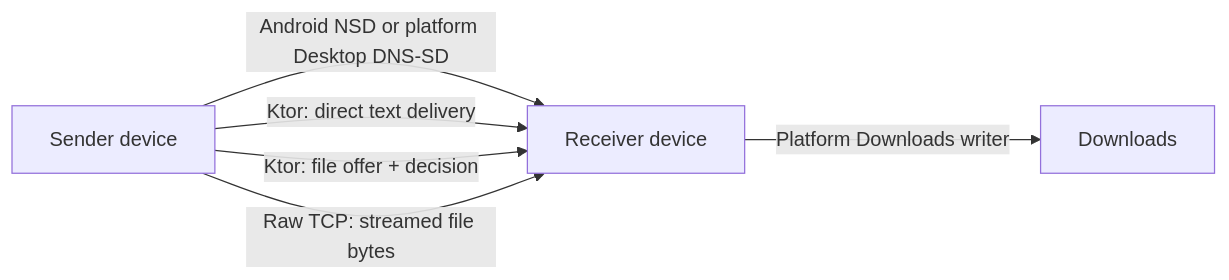
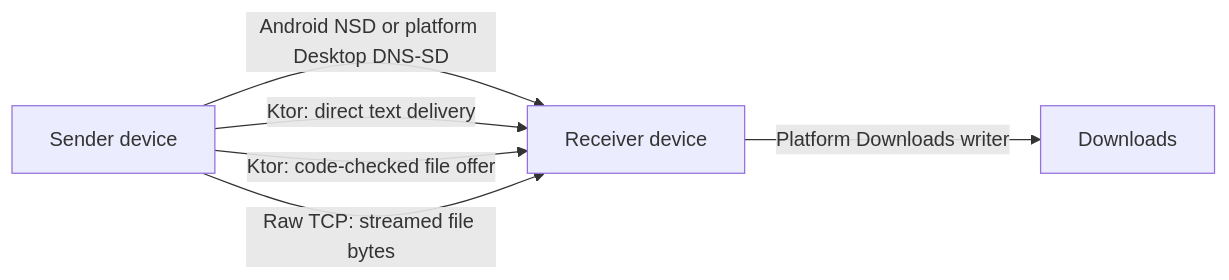
Before and after one commit to CodePandaaAI/Sync360: the diagram in README.md, drawn with Mermaid. The commit also changed other lines of this file and 37 other files, not shown here.

````diff
--- a/README.md
+++ b/README.md
@@ -98,8 +99,8 @@
 ```mermaid
 flowchart LR
     A["Sender device"] -->|"Android NSD or platform Desktop DNS-SD"| B["Receiver device"]
     A -->|"Ktor: direct text delivery"| B
-    A -->|"Ktor: file offer + decision"| B
+    A -->|"Ktor: code-checked file offer"| B
     A -->|"Raw TCP: streamed file bytes"| B
     B -->|"Platform Downloads writer"| D["Downloads"]
 ```
````
